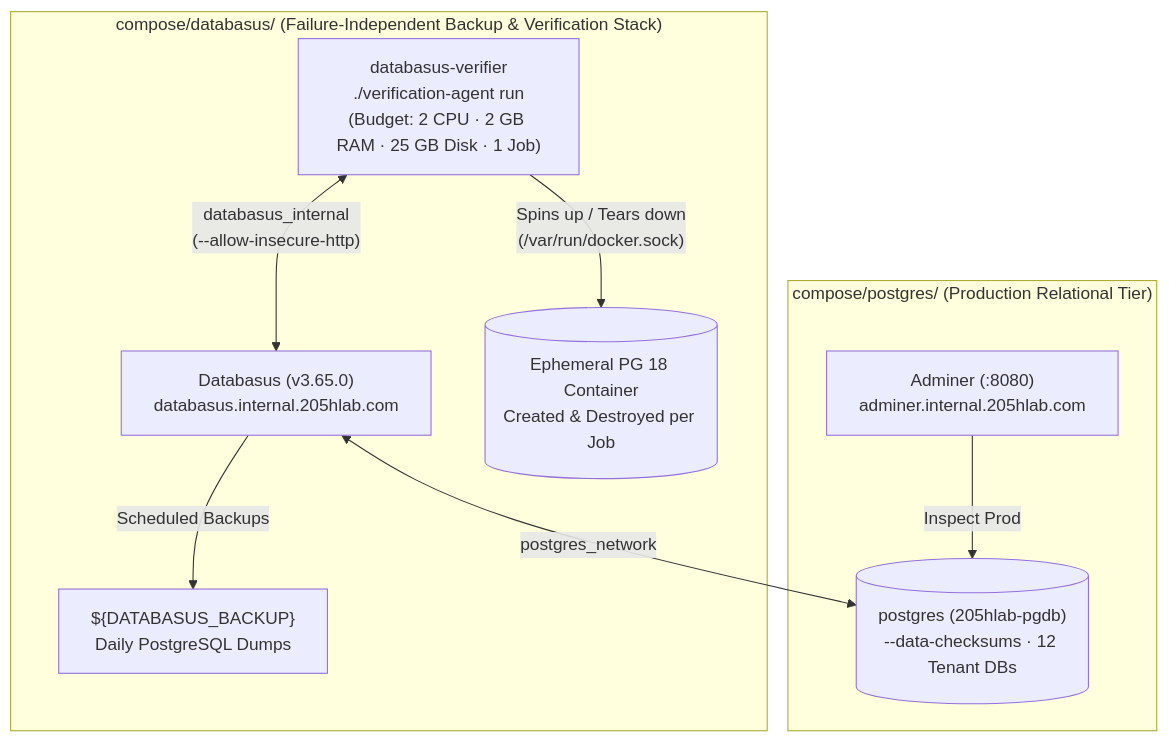
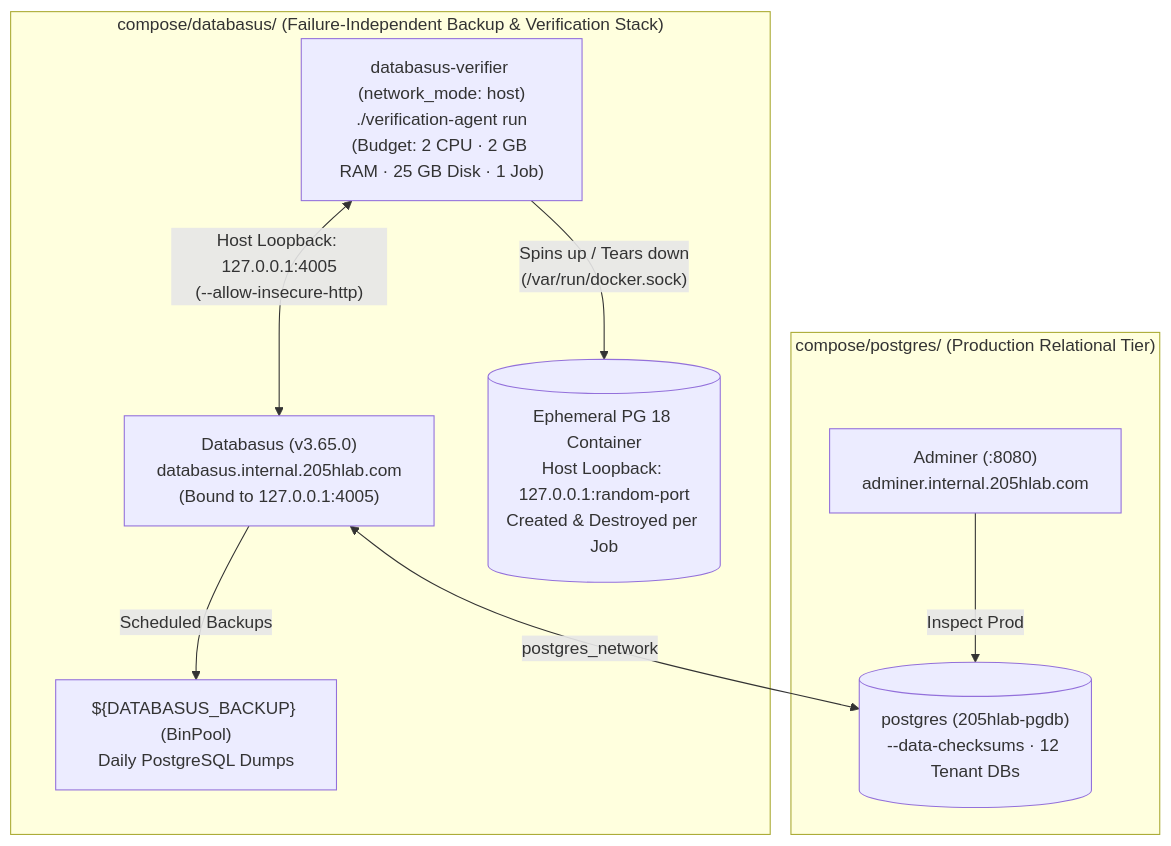
Before and after one commit to Dr20Ervin/205hlab: the diagram in docs/runbooks/disaster-recovery.md, drawn with Mermaid. The commit also changed other lines of this file and 4 other files, not shown here.

Commit message:
fix(databasus): resolve DooD network namespace clash with host networking and loopback bind

````diff
--- a/docs/runbooks/disaster-recovery.md
+++ b/docs/runbooks/disaster-recovery.md
@@ -58,22 +58,22 @@
 ```mermaid
 flowchart TD
     subgraph DatabasusStack["compose/databasus/ (Failure-Independent Backup & Verification Stack)"]
-        DBU["Databasus (v3.65.0)\ndatabasus.internal.205hlab.com"]
-        VER["databasus-verifier\n./verification-agent run\n(Budget: 2 CPU · 2 GB RAM · 25 GB Disk · 1 Job)"]
-        EPHEM[("Ephemeral PG 18 Container\nCreated & Destroyed per Job")]
-        STORE["${DATABASUS_BACKUP}\nDaily PostgreSQL Dumps"]
+        DBU["Databasus (v3.65.0)\ndatabasus.internal.205hlab.com\n(Bound to 127.0.0.1:4005)"]
+        VER["databasus-verifier (network_mode: host)\n./verification-agent run\n(Budget: 2 CPU · 2 GB RAM · 25 GB Disk · 1 Job)"]
+        EPHEM[("Ephemeral PG 18 Container\nHost Loopback: 127.0.0.1:random-port\nCreated & Destroyed per Job")]
+        STORE["${DATABASUS_BACKUP} (BinPool)\nDaily PostgreSQL Dumps"]
         
         DBU -->|Scheduled Backups| STORE
-        VER <-->|"databasus_internal\n(--allow-insecure-http)"| DBU
+        VER <-->|"Host Loopback: 127.0.0.1:4005\n(--allow-insecure-http)"| DBU
         VER -->|"Spins up / Tears down\n(/var/run/docker.sock)"| EPHEM
     end
 
     subgraph PostgresStack["compose/postgres/ (Production Relational Tier)"]
         PROD[("postgres (205hlab-pgdb)\n--data-checksums · 12 Tenant DBs")]
         ADM["Adminer (:8080)\nadminer.internal.205hlab.com"]
         
         ADM -->|Inspect Prod| PROD
     end
 
     DBU <-->|postgres_network| PROD
 ```
````
